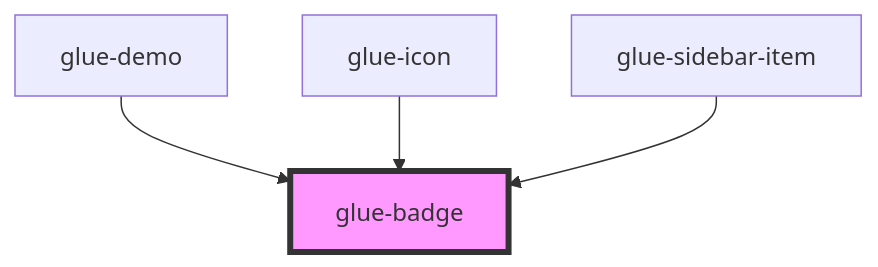
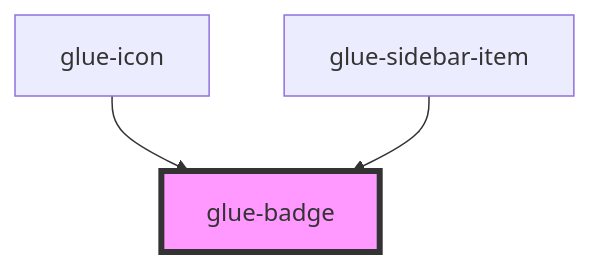
The diagram in packages/glue-components/src/components/glue-badge/readme.md (grasilife/glue), drawn with Mermaid before and after one commit. The commit also changed other lines of this file and 8 other files, not shown here.

````diff
--- a/packages/glue-components/src/components/glue-badge/readme.md
+++ b/packages/glue-components/src/components/glue-badge/readme.md
@@ -29,7 +28,6 @@
 ```mermaid
 graph TD;
-  glue-demo --> glue-badge
   glue-icon --> glue-badge
   glue-sidebar-item --> glue-badge
   style glue-badge fill:#f9f,stroke:#333,stroke-width:4px
 ```
````
